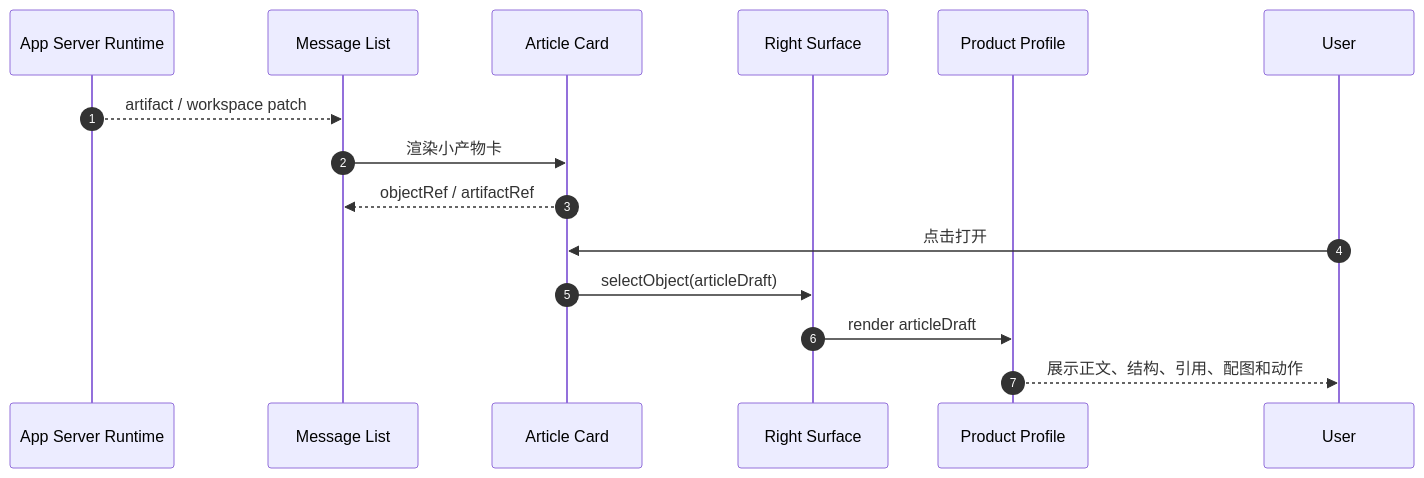
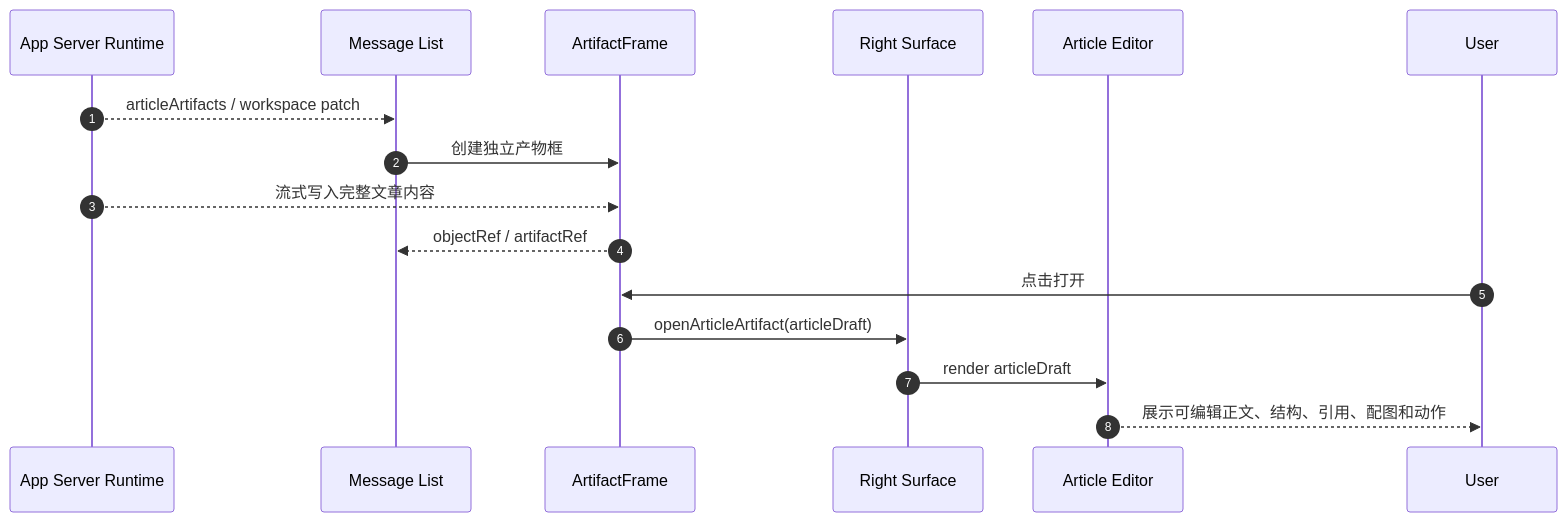
The fourth of 6 diagrams in internal/roadmap/Writing/sequence-diagrams.md (jiujuan/lime), drawn with Mermaid before and after one commit. The commit also changed other lines of this file and 458 other files, not shown here.

````diff
--- a/internal/roadmap/Writing/sequence-diagrams.md
+++ b/internal/roadmap/Writing/sequence-diagrams.md
@@ -78,17 +78,18 @@
 ```mermaid
 sequenceDiagram
   autonumber
   participant Runtime as App Server Runtime
   participant Chat as Message List
-  participant Card as Article Card
+  participant Frame as ArtifactFrame
   participant Surface as Right Surface
-  participant Profile as Product Profile
+  participant Editor as Article Editor
 
-  Runtime-->>Chat: artifact / workspace patch
-  Chat->>Card: 渲染小产物卡
-  Card-->>Chat: objectRef / artifactRef
-  User->>Card: 点击打开
-  Card->>Surface: selectObject(articleDraft)
-  Surface->>Profile: render articleDraft
-  Profile-->>User: 展示正文、结构、引用、配图和动作
+  Runtime-->>Chat: articleArtifacts / workspace patch
+  Chat->>Frame: 创建独立产物框
+  Runtime-->>Frame: 流式写入完整文章内容
+  Frame-->>Chat: objectRef / artifactRef
+  User->>Frame: 点击打开
+  Frame->>Surface: openArticleArtifact(articleDraft)
+  Surface->>Editor: render articleDraft
+  Editor-->>User: 展示可编辑正文、结构、引用、配图和动作
 ```
````
